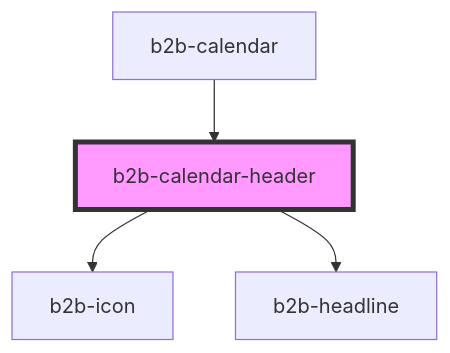
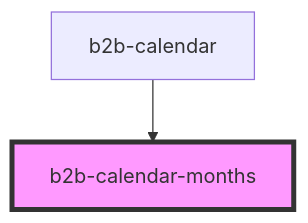
The diagram in packages/core-components/src/components/calendar/readme.md (otto-de/b2b-design-system), drawn with Mermaid before and after one commit. The commit also changed other lines of this file and 16 other files, not shown here.

Commit message:
feat(Calendar): [BLA-694] add months view to calendar

````diff
--- a/packages/core-components/src/components/calendar/readme.md
+++ b/packages/core-components/src/components/calendar/readme.md
@@ -36,7 +29,5 @@
 ```mermaid
 graph TD;
-  b2b-calendar-header --> b2b-icon
-  b2b-calendar-header --> b2b-headline
-  b2b-calendar --> b2b-calendar-header
-  style b2b-calendar-header fill:#f9f,stroke:#333,stroke-width:4px
+  b2b-calendar --> b2b-calendar-months
+  style b2b-calendar-months fill:#f9f,stroke:#333,stroke-width:4px
 ```
````
